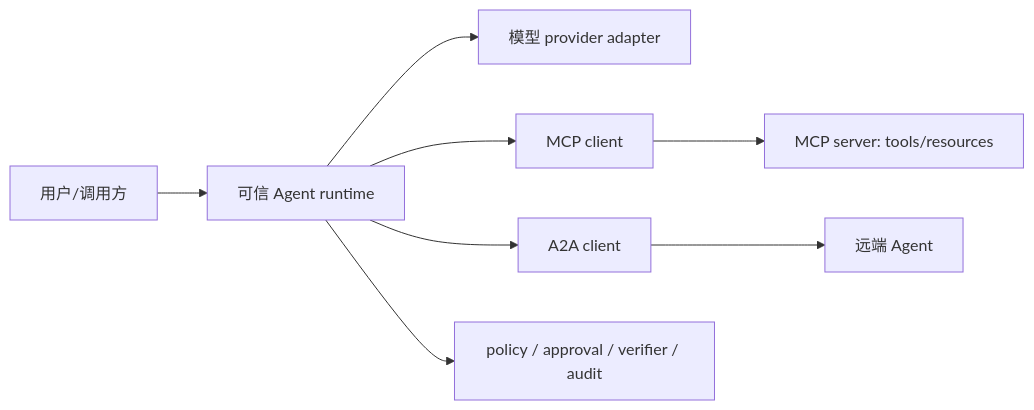
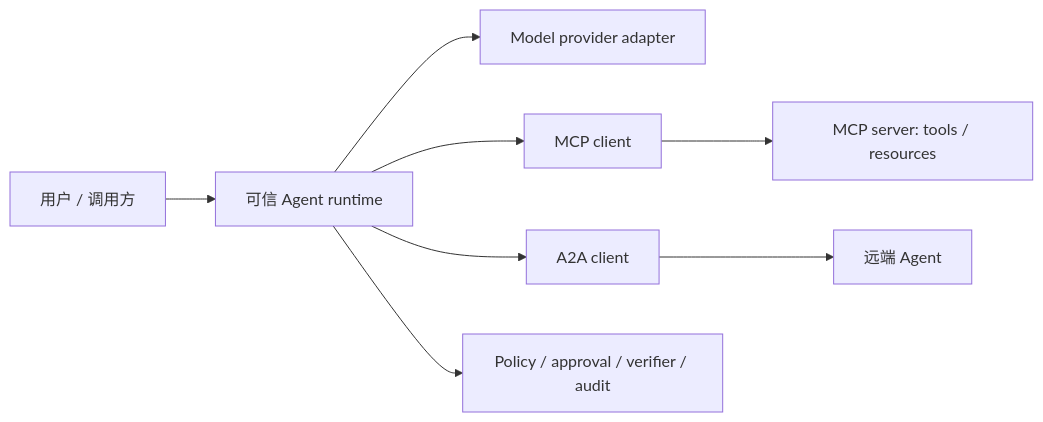
Before and after one commit to NightLemon/about-llm: the second of 2 diagrams in docs/applications/agent-interoperability.md, drawn with Mermaid. The commit also changed other lines of this file and 12 other files, not shown here.

````diff
--- a/docs/applications/agent-interoperability.md
+++ b/docs/applications/agent-interoperability.md
@@ -157,10 +182,10 @@
 ```mermaid
 flowchart LR
-  U[用户/调用方] --> H[可信 Agent runtime]
-  H --> P[模型 provider adapter]
-  H --> M[MCP client]
-  M --> S[MCP server: tools/resources]
-  H --> A[A2A client]
-  A --> R[远端 Agent]
-  H --> V[policy / approval / verifier / audit]
+  U["用户 / 调用方"] --> H["可信 Agent runtime"]
+  H --> P["Model provider adapter"]
+  H --> M["MCP client"]
+  M --> S["MCP server: tools / resources"]
+  H --> A["A2A client"]
+  A --> R["远端 Agent"]
+  H --> V["Policy / approval / verifier / audit"]
 ```
````
